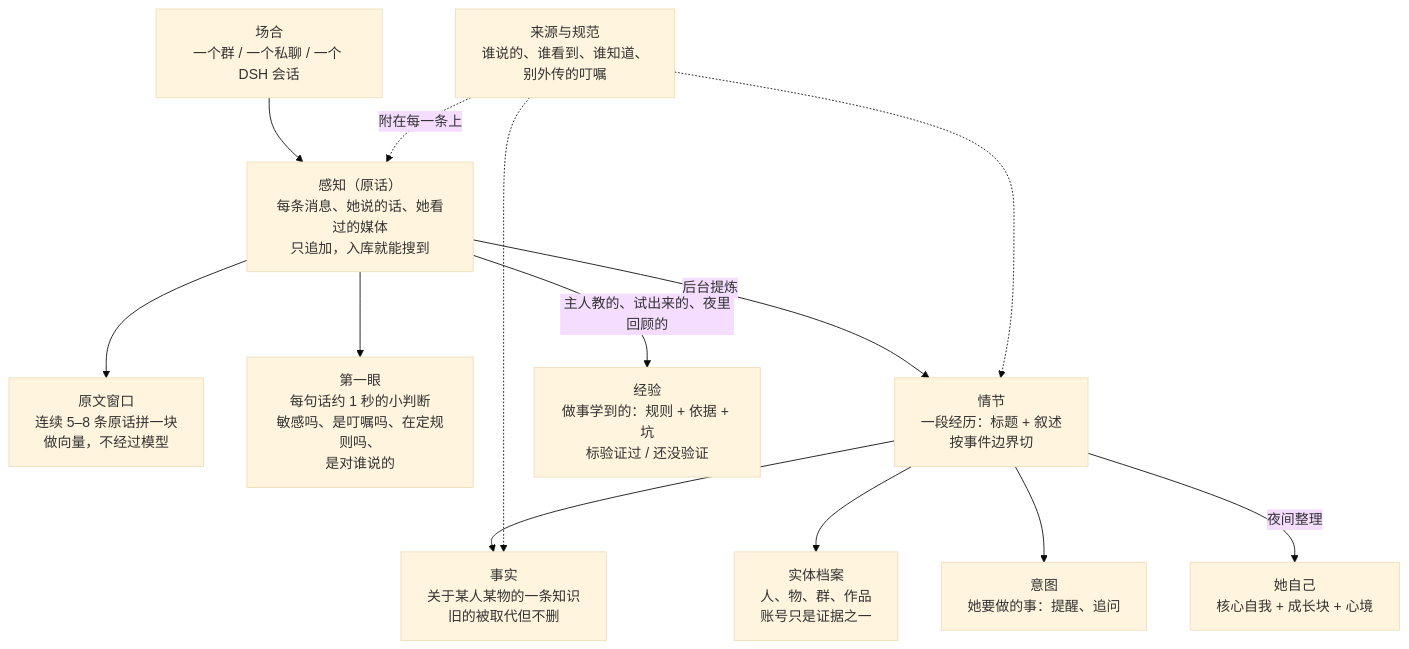
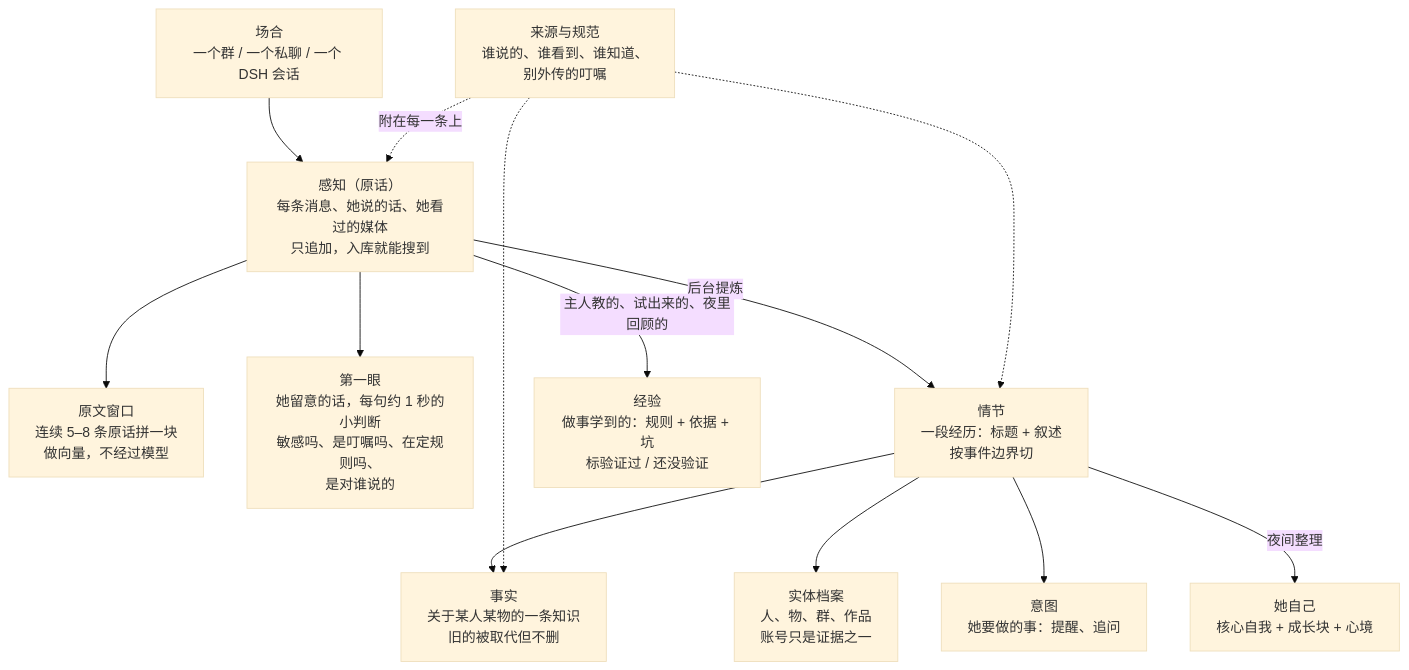
The second of 10 diagrams in docs/图解.md (QiuYeDx/dsh-rugu), drawn with Mermaid (base theme) before and after one commit. The commit also changed other lines of this file, not shown here.

Commit message:
图解：第一眼看的是她留意的话，不是每一句（D158）

````diff
--- a/docs/图解.md
+++ b/docs/图解.md
@@ -86,26 +86,26 @@
 ```mermaid
 flowchart TB
   SET["场合<br/>一个群 / 一个私聊 / 一个 DSH 会话"]
   P["感知（原话）<br/>每条消息、她说的话、她看过的媒体<br/>只追加，入库就能搜到"]
   RW["原文窗口<br/>连续 5–8 条原话拼一块<br/>做向量，不经过模型"]
-  G["第一眼<br/>每句话约 1 秒的小判断<br/>敏感吗、是叮嘱吗、在定规则吗、<br/>是对谁说的"]
+  G["第一眼<br/>她留意的话，每句约 1 秒的小判断<br/>敏感吗、是叮嘱吗、在定规则吗、<br/>是对谁说的"]
   EP["情节<br/>一段经历：标题 + 叙述<br/>按事件边界切"]
   AS["事实<br/>关于某人某物的一条知识<br/>旧的被取代但不删"]
   EN["实体档案<br/>人、物、群、作品<br/>账号只是证据之一"]
   IN["意图<br/>她要做的事：提醒、追问"]
   SELF["她自己<br/>核心自我 + 成长块 + 心境"]
   LES["经验<br/>做事学到的：规则 + 依据 + 坑<br/>标验证过 / 还没验证"]
   NORM["来源与规范<br/>谁说的、谁看到、谁知道、<br/>别外传的叮嘱"]
   SET --> P
   P --> RW
   P --> G
   P -->|后台提炼| EP
   EP --> AS
   EP --> EN
   EP --> IN
   EP -->|夜间整理| SELF
   P -->|主人教的、试出来的、夜里回顾的| LES
   NORM -. 附在每一条上 .-> P
   NORM -.-> AS
   NORM -.-> EP
 ```
````
